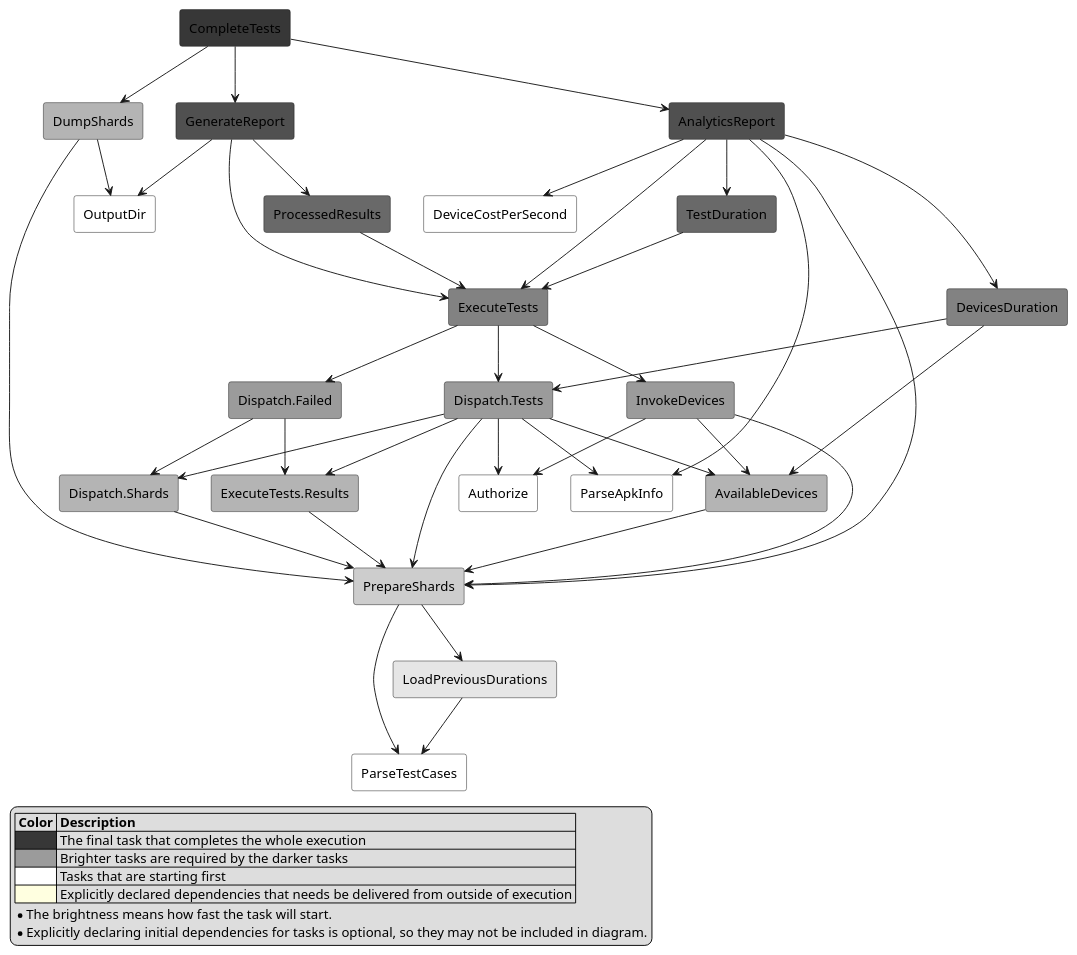
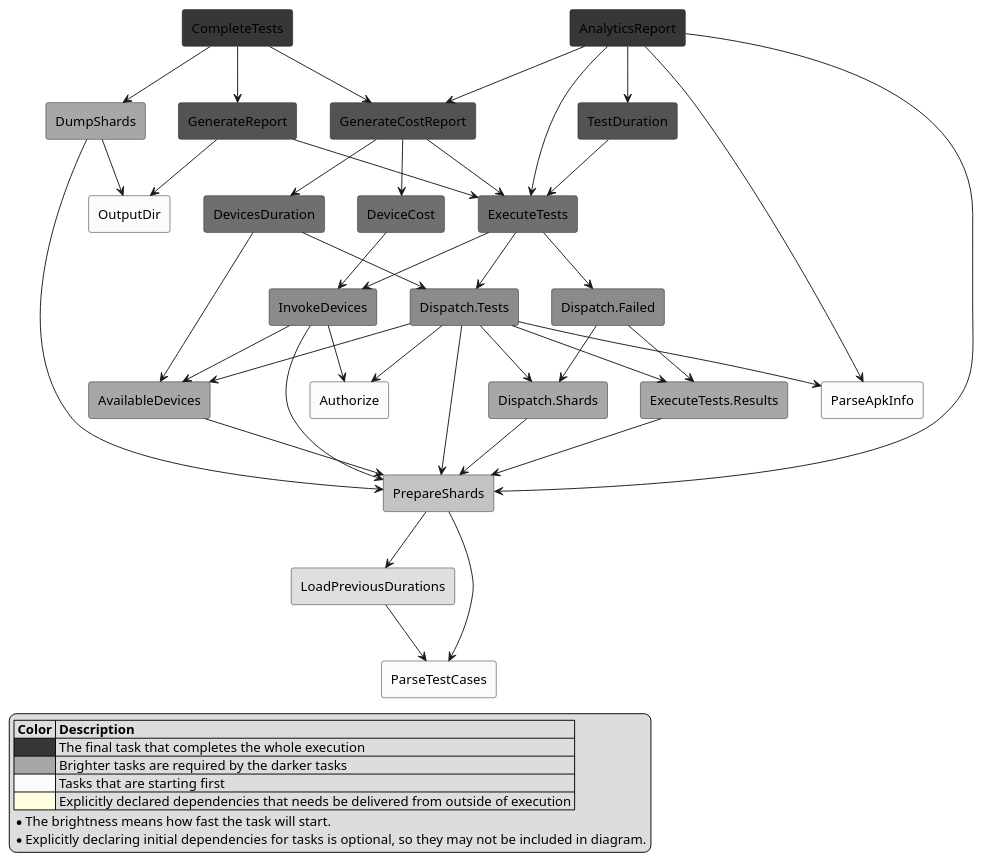
One commit to Flank/flank changed the diagram in corellium/domain/TestAndroid-execute.puml. Above: the diagram before and after it, drawn with PlantUML. The commit also changed 19 other files, not shown here.

Commit message:
* Add API call for getting cost rate * Add task for generating cost report * Send calculated cost to analytics

```diff
--- a/corellium/domain/TestAndroid-execute.puml
+++ b/corellium/domain/TestAndroid-execute.puml
@@ -1,76 +1,77 @@
 @startuml
 
 skinparam componentStyle rectangle
 
 legend left
   |= Color |= Description |
   |<#373737>| The final task that completes the whole execution |
-  |<#9b9b9b>| Brighter tasks are required by the darker tasks |
-  |<#ffffff>| Tasks that are starting first |
+  |<#a7a7a7>| Brighter tasks are required by the darker tasks |
+  |<#fbfbfb>| Tasks that are starting first |
   |<#LightYellow>| Explicitly declared dependencies that needs be delivered from outside of execution |
   * The brightness means how fast the task will start.
   * Explicitly declaring initial dependencies for tasks is optional, so they may not be included in diagram.
 end legend
 
-[Authorize] #ffffff
-[OutputDir] #ffffff
-[DeviceCostPerSecond] #ffffff
-[ParseApkInfo] #ffffff
-[ParseTestCases] #ffffff
-[LoadPreviousDurations] #e6e6e6
-[PrepareShards] #cdcdcd
-[AvailableDevices] #b4b4b4
-[Dispatch.Shards] #b4b4b4
-[DumpShards] #b4b4b4
-[ExecuteTests.Results] #b4b4b4
-[Dispatch.Failed] #9b9b9b
-[Dispatch.Tests] #9b9b9b
-[InvokeDevices] #9b9b9b
-[DevicesDuration] #828282
-[ExecuteTests] #828282
-[TestDuration] #696969
-[ProcessedResults] #696969
-[GenerateReport] #505050
-[AnalyticsReport] #505050
+[Authorize] #fbfbfb
+[OutputDir] #fbfbfb
+[ParseApkInfo] #fbfbfb
+[ParseTestCases] #fbfbfb
+[LoadPreviousDurations] #dfdfdf
+[PrepareShards] #c3c3c3
+[Dispatch.Shards] #a7a7a7
+[DumpShards] #a7a7a7
+[ExecuteTests.Results] #a7a7a7
+[AvailableDevices] #a7a7a7
+[Dispatch.Tests] #8b8b8b
+[Dispatch.Failed] #8b8b8b
+[InvokeDevices] #8b8b8b
+[DevicesDuration] #6f6f6f
+[ExecuteTests] #6f6f6f
+[DeviceCost] #6f6f6f
+[TestDuration] #535353
+[GenerateCostReport] #535353
+[GenerateReport] #535353
 [CompleteTests] #373737
+[AnalyticsReport] #373737
 
-[AvailableDevices] --> [PrepareShards]
 [DevicesDuration] --> [AvailableDevices]
 [DevicesDuration] --> [Dispatch.Tests]
 [TestDuration] --> [ExecuteTests]
-[Dispatch.Failed] --> [Dispatch.Shards]
-[Dispatch.Failed] --> [ExecuteTests.Results]
 [Dispatch.Shards] --> [PrepareShards]
 [Dispatch.Tests] --> [ParseApkInfo]
 [Dispatch.Tests] --> [Authorize]
 [Dispatch.Tests] --> [PrepareShards]
 [Dispatch.Tests] --> [AvailableDevices]
 [Dispatch.Tests] --> [Dispatch.Shards]
 [Dispatch.Tests] --> [ExecuteTests.Results]
+[Dispatch.Failed] --> [Dispatch.Shards]
+[Dispatch.Failed] --> [ExecuteTests.Results]
 [DumpShards] --> [PrepareShards]
 [DumpShards] --> [OutputDir]
 [ExecuteTests] --> [InvokeDevices]
 [ExecuteTests] --> [Dispatch.Tests]
 [ExecuteTests] --> [Dispatch.Failed]
+[DeviceCost] --> [InvokeDevices]
 [CompleteTests] --> [GenerateReport]
+[CompleteTests] --> [GenerateCostReport]
 [CompleteTests] --> [DumpShards]
-[CompleteTests] --> [AnalyticsReport]
+[GenerateCostReport] --> [ExecuteTests]
+[GenerateCostReport] --> [DevicesDuration]
+[GenerateCostReport] --> [DeviceCost]
 [GenerateReport] --> [ExecuteTests]
-[GenerateReport] --> [ProcessedResults]
 [GenerateReport] --> [OutputDir]
 [ExecuteTests.Results] --> [PrepareShards]
+[AvailableDevices] --> [PrepareShards]
 [InvokeDevices] --> [Authorize]
 [InvokeDevices] --> [PrepareShards]
 [InvokeDevices] --> [AvailableDevices]
 [LoadPreviousDurations] --> [ParseTestCases]
 [PrepareShards] --> [ParseTestCases]
 [PrepareShards] --> [LoadPreviousDurations]
-[ProcessedResults] --> [ExecuteTests]
 [AnalyticsReport] --> [PrepareShards]
 [AnalyticsReport] --> [ParseApkInfo]
 [AnalyticsReport] --> [ExecuteTests]
-[AnalyticsReport] --> [DeviceCostPerSecond]
-[AnalyticsReport] --> [DevicesDuration]
+[AnalyticsReport] --> [GenerateCostReport]
 [AnalyticsReport] --> [TestDuration]
 
 @enduml
```
